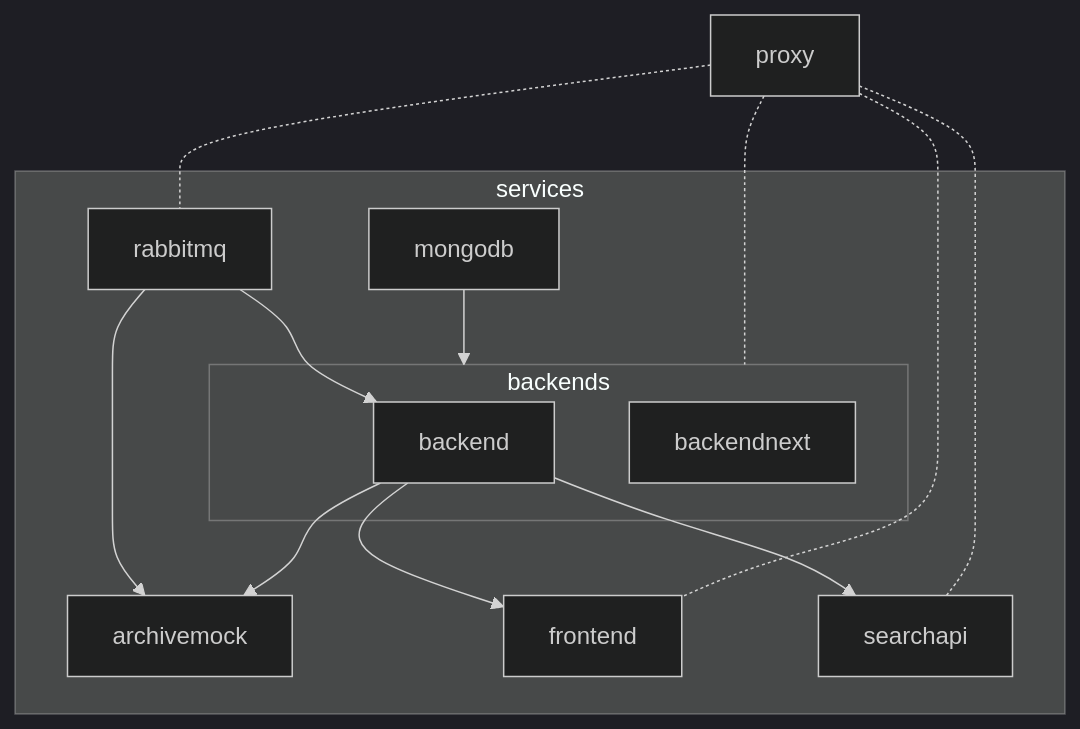
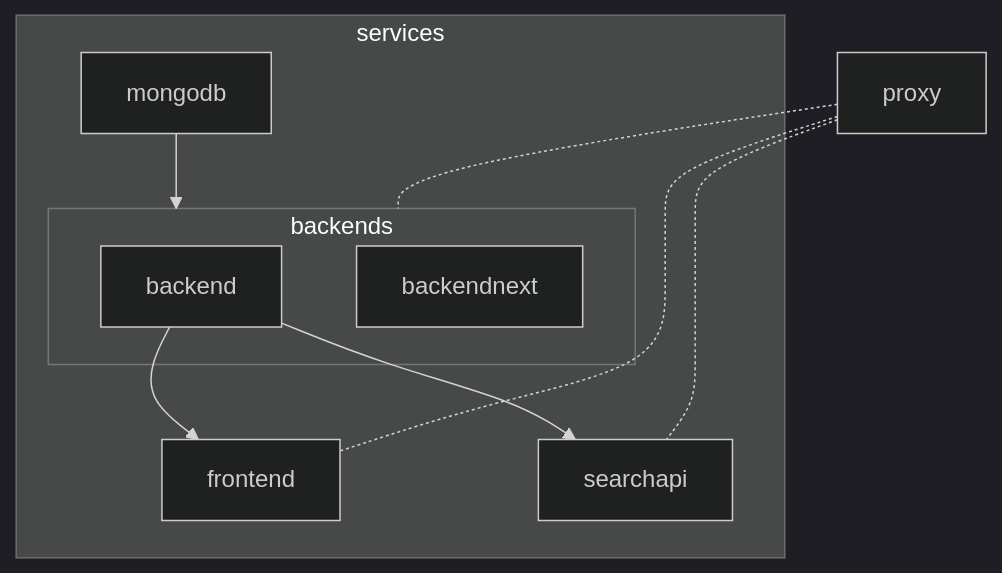
Before and after one commit to SciCatProject/scicatlive: the diagram in README.md, drawn with Mermaid (dark theme). The commit also changed other lines of this file and 1 other file, not shown here.

````diff
--- a/README.md
+++ b/README.md
@@ -39,21 +38,17 @@
 ```mermaid
 graph TD
    subgraph services
       subgraph backends
          backend
          backendnext
       end
 
-      rabbitmq --> archivemock
-      rabbitmq --> backend
       mongodb --> backends
-      backend --> archivemock
       backend --> frontend
       backend --> searchapi
    end
 
    proxy -.- backends
    proxy -.- frontend
    proxy -.- searchapi
-   proxy -.- rabbitmq
 ```
````
